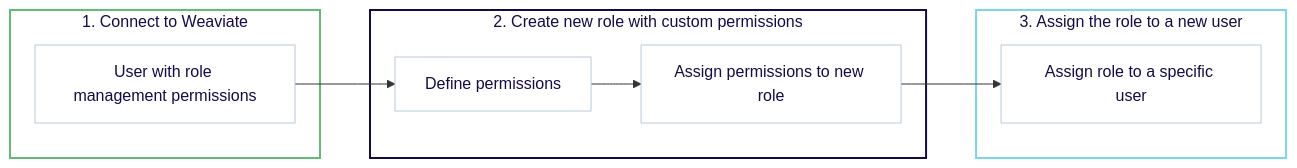
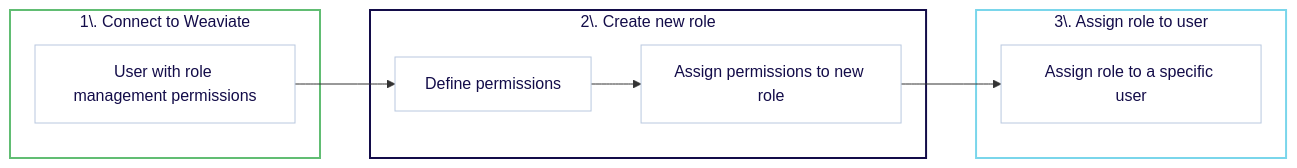
One commit to weaviate/docs changed the diagram in docs/deploy/tutorials/rbac.mdx. Above: the diagram before and after it, drawn with Mermaid. The commit also changed 8 other files, not shown here.

````diff
--- a/docs/deploy/tutorials/rbac.mdx
+++ b/docs/deploy/tutorials/rbac.mdx
@@ -31,32 +31,32 @@
 ```mermaid
 flowchart LR
     %% Define nodes with white backgrounds and darker borders
     A1["User with role management permissions"] --> B1["Define permissions"]
     B1 --> B2["Assign permissions to new role"]
     B2 --> C1["Assign role to a specific user"]
 
     %% Group nodes in subgraphs with brand colors
-    subgraph sg1 ["1. Connect to Weaviate"]
+    subgraph sg1 ["1\. Connect to Weaviate"]
         A1
     end
 
-    subgraph sg2 ["2. Create new role with custom permissions"]
+    subgraph sg2 ["2\. Create new role"]
         B1
         B2
     end
 
-    subgraph sg3 ["3. Assign the role to a new user"]
+    subgraph sg3 ["3\. Assign role to user"]
         C1
     end
 
     %% Style nodes with white background and darker borders
     style A1 fill:#ffffff,stroke:#B9C8DF,color:#130C49
     style B1 fill:#ffffff,stroke:#B9C8DF,color:#130C49
     style B2 fill:#ffffff,stroke:#B9C8DF,color:#130C49
     style C1 fill:#ffffff,stroke:#B9C8DF,color:#130C49
 
     %% Style subgraphs with brand colors
     style sg1 fill:#ffffff,stroke:#61BD73,stroke-width:2px,color:#130C49
     style sg2 fill:#ffffff,stroke:#130C49,stroke-width:2px,color:#130C49
     style sg3 fill:#ffffff,stroke:#7AD6EB,stroke-width:2px,color:#130C49
 ```
````
